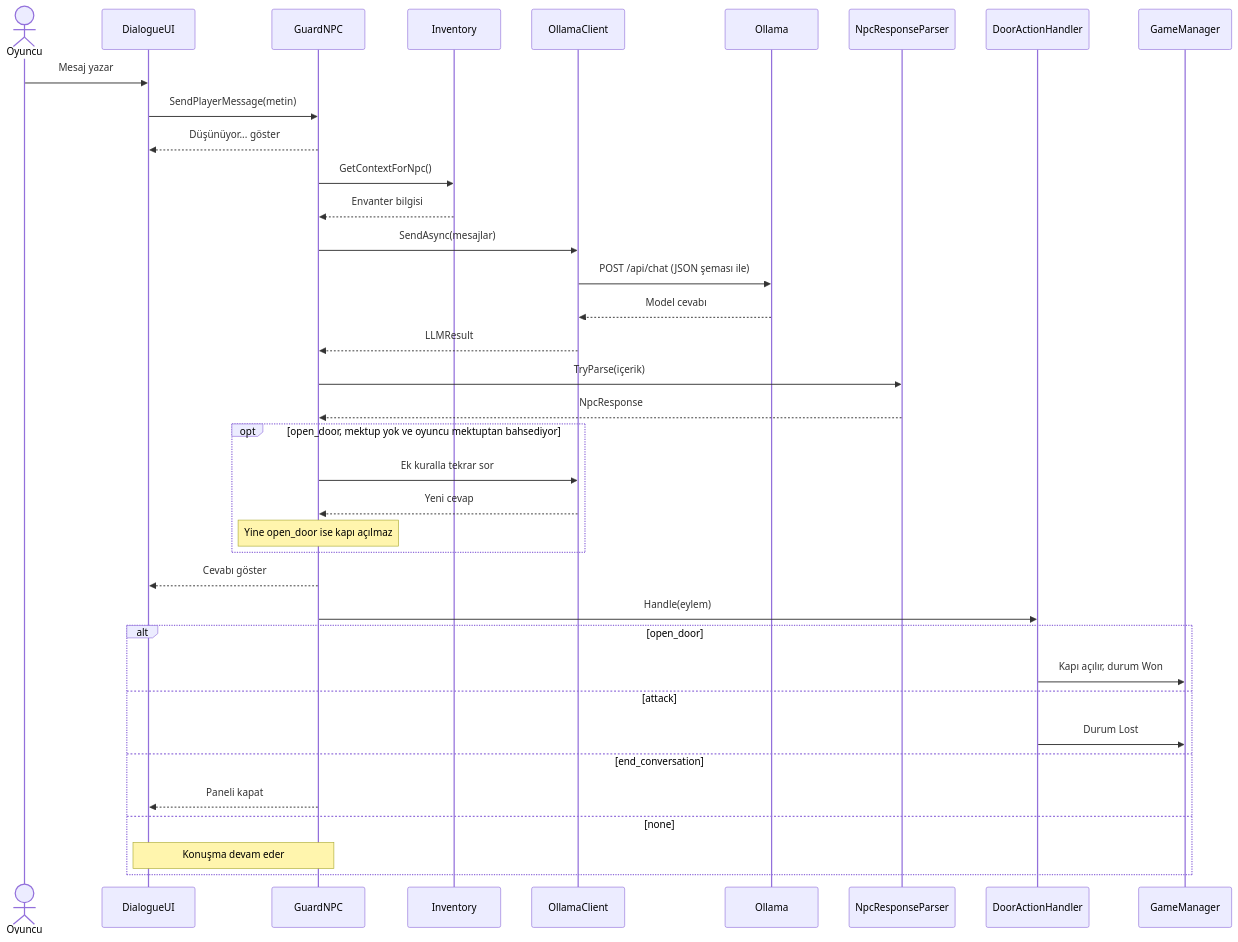
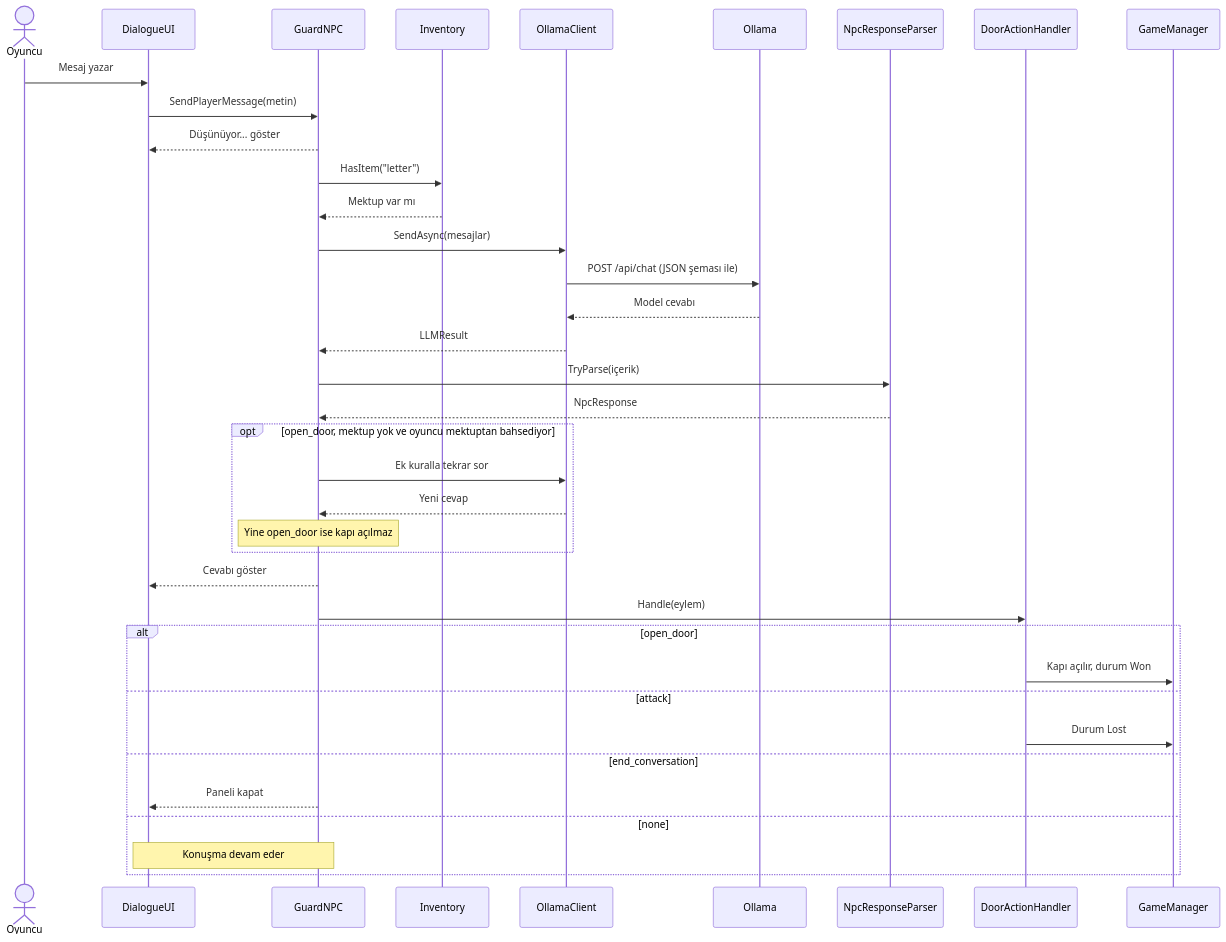
Before and after one commit to osmanbadar/yazlab_proje1_GuneyKapisi: the fourth of 4 diagrams in README.md, drawn with Mermaid. The commit also changed other lines of this file and 1 other file, not shown here.

Commit message:
Mektup bilgisi Gorvan'a daha net gönderiliyor

````diff
--- a/README.md
+++ b/README.md
@@ -162,40 +162,40 @@
 ```mermaid
 sequenceDiagram
     actor Oyuncu
     participant UI as DialogueUI
     participant NPC as GuardNPC
     participant Env as Inventory
     participant Client as OllamaClient
     participant Ollama
     participant Parser as NpcResponseParser
     participant Handler as DoorActionHandler
     participant GM as GameManager
 
     Oyuncu->>UI: Mesaj yazar
     UI->>NPC: SendPlayerMessage(metin)
     NPC-->>UI: Düşünüyor... göster
-    NPC->>Env: GetContextForNpc()
-    Env-->>NPC: Envanter bilgisi
+    NPC->>Env: HasItem("letter")
+    Env-->>NPC: Mektup var mı
     NPC->>Client: SendAsync(mesajlar)
     Client->>Ollama: POST /api/chat (JSON şeması ile)
     Ollama-->>Client: Model cevabı
     Client-->>NPC: LLMResult
     NPC->>Parser: TryParse(içerik)
     Parser-->>NPC: NpcResponse
     opt open_door, mektup yok ve oyuncu mektuptan bahsediyor
         NPC->>Client: Ek kuralla tekrar sor
         Client-->>NPC: Yeni cevap
         Note over NPC: Yine open_door ise kapı açılmaz
     end
     NPC-->>UI: Cevabı göster
     NPC->>Handler: Handle(eylem)
     alt open_door
         Handler->>GM: Kapı açılır, durum Won
     else attack
         Handler->>GM: Durum Lost
     else end_conversation
         NPC-->>UI: Paneli kapat
     else none
         Note over UI,NPC: Konuşma devam eder
     end
 ```
````
